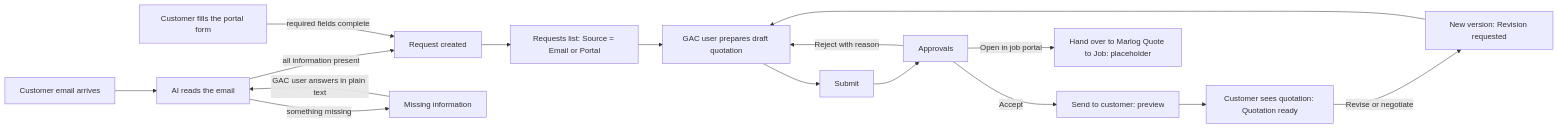
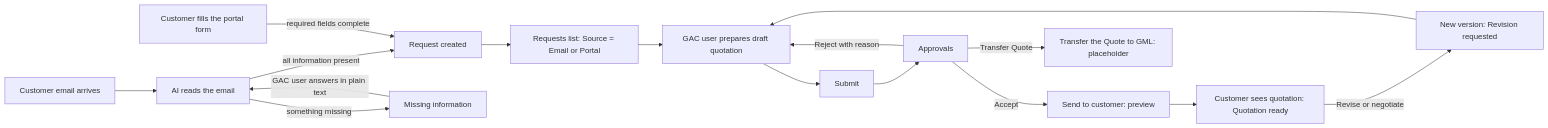
One commit to nixon-chakiath-gac/QuoteStream changed the first of 4 diagrams in QuoteStream/Application/Final Idea/02-business-flows.md. Above: the diagram before and after it, drawn with Mermaid. The commit also changed 5 other files, not shown here.

````diff
--- a/QuoteStream/Application/Final Idea/02-business-flows.md
+++ b/QuoteStream/Application/Final Idea/02-business-flows.md
@@ -7,18 +7,18 @@
 ```mermaid
 flowchart LR
     A[Customer email arrives] --> B[AI reads the email]
     B -->|all information present| R[Request created]
     B -->|something missing| M[Missing information]
     M -->|GAC user answers in plain text| B
     P[Customer fills the portal form] -->|required fields complete| R
     R --> L[Requests list: Source = Email or Portal]
     L --> D[GAC user prepares draft quotation]
     D --> S[Submit]
     S --> AP[Approvals]
     AP -->|Reject with reason| D
     AP -->|Accept| SD[Send to customer: preview]
     SD --> C[Customer sees quotation: Quotation ready]
     C -->|Revise or negotiate| V[New version: Revision requested]
     V --> D
-    AP -->|Open in job portal| J[Hand over to Marlog Quote to Job: placeholder]
+    AP -->|Transfer Quote| J[Transfer the Quote to GML: placeholder]
 ```
````
